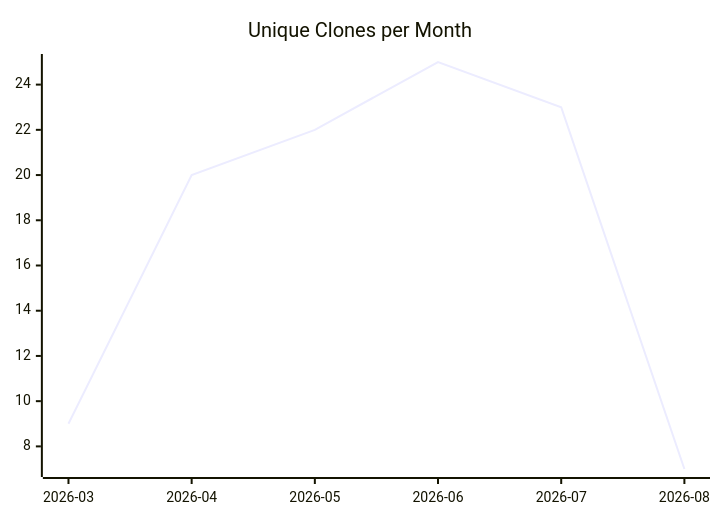
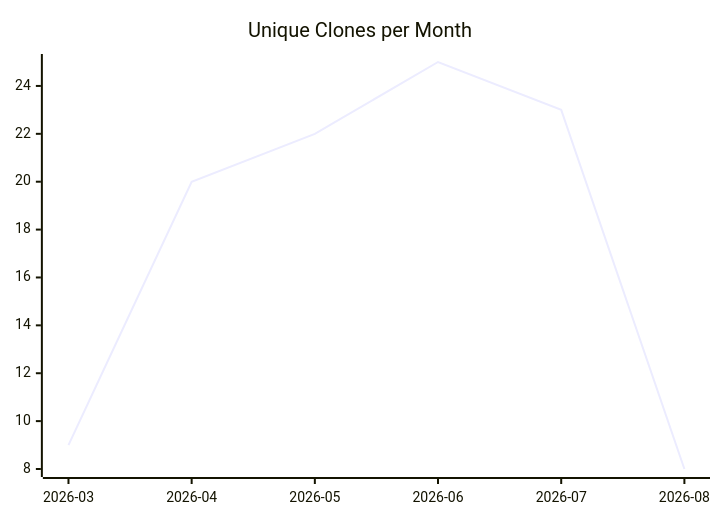
One commit to justdavis-family/github-analytics-data changed the third of 3 diagrams in karlmdavis/kxml2/README.md. Above: the diagram before and after it, drawn with Mermaid. The commit also changed other lines of this file and 174 other files, not shown here.

````diff
--- a/karlmdavis/kxml2/README.md
+++ b/karlmdavis/kxml2/README.md
@@ -19,6 +19,6 @@
 ```mermaid
 xychart-beta
   title "Unique Clones per Month"
   x-axis ["2026-03", "2026-04", "2026-05", "2026-06", "2026-07", "2026-08"]
-  line [9, 20, 22, 25, 23, 7]
+  line [9, 20, 22, 25, 23, 8]
 ```
````
